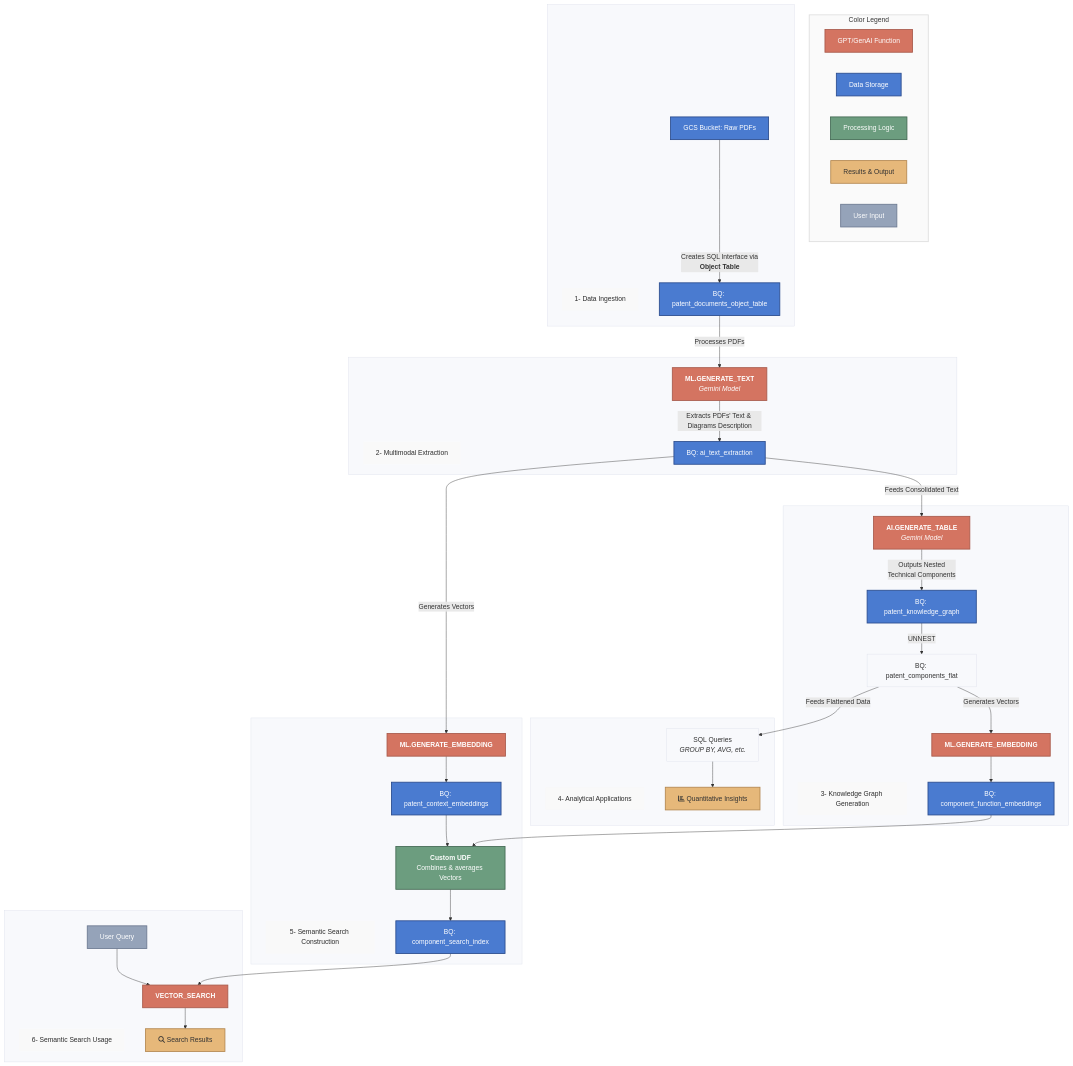
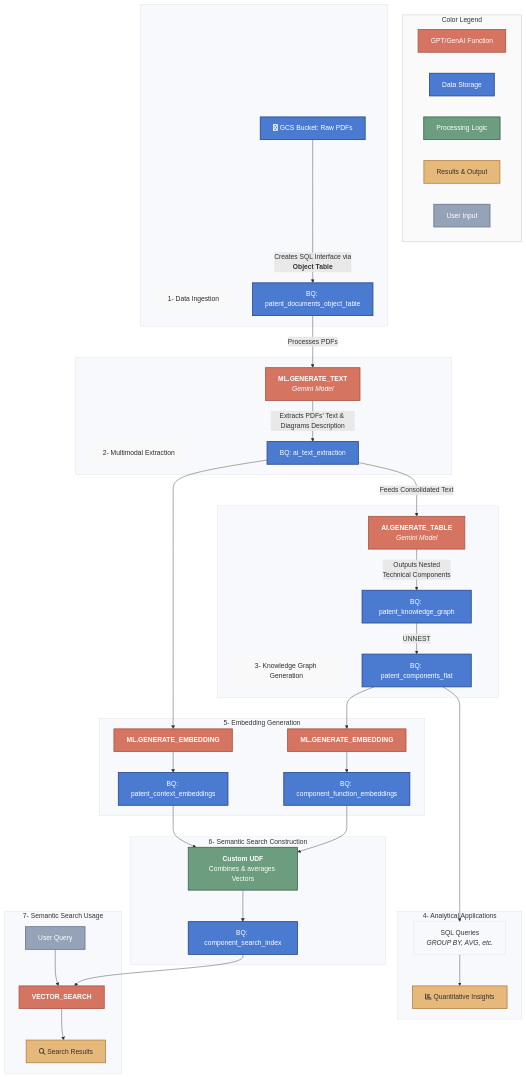
The diagram in doc/diagrams.md (vserifoglu/bq-ai-patent-analyst), drawn with Mermaid before and after one commit. The commit also changed 2 other files, not shown here.

Commit message:
pipeline architecture

````diff
--- a/doc/diagrams.md
+++ b/doc/diagrams.md
@@ -23,7 +23,7 @@
     %% --- MAIN PIPELINE ---
     subgraph SG1 [ ]
         title1[1- Data Ingestion]
-        A[GCS Bucket: Raw PDFs] -->|Creates SQL Interface via<br><strong>Object Table</strong>| B[BQ: patent_documents_object_table]
+        A[fa:fa-google GCS Bucket: Raw PDFs] -->|Creates SQL Interface via<br><strong>Object Table</strong>| B[BQ: patent_documents_object_table]
     end
 
     subgraph SG2 [ ]
@@ -39,36 +39,39 @@
               Technical Components| F[BQ: patent_knowledge_graph]
         
         F -->|UNNEST| G[BQ: patent_components_flat]
-        G -->|Generates Vectors| H[<strong>ML.GENERATE_EMBEDDING</strong>]
-        H --> I[BQ: component_function_embeddings]
     end
 
-    subgraph SG4 [ ]
-        title4[4- Analytical Applications]
-        G -->|Feeds Flattened Data| J[SQL Queries<br><em>GROUP BY, AVG, etc.</em>]
-        J --> K[fa:fa-chart-bar Quantitative Insights]
+    %% --- PARALLEL PATHS ---
+    subgraph SG5 [5- Embedding Generation]
+        G --> H[<strong>ML.GENERATE_EMBEDDING</strong>]
+        H --> I[BQ: component_function_embeddings]
+        D --> L[<strong>ML.GENERATE_EMBEDDING</strong>]
+        L --> M[BQ: patent_context_embeddings]
     end
 
-    subgraph SG5 [ ]
-        title5[5- Semantic Search Construction]
-        D -->|Generates Vectors| L[<strong>ML.GENERATE_EMBEDDING</strong>]
-        L --> M[BQ: patent_context_embeddings]
-        
+    subgraph SG6 [6- Semantic Search Construction]
         M --> N[<strong>Custom UDF</strong><br>Combines & averages Vectors]
         I --> N
         N --> O[BQ: component_search_index]
     end
 
-    subgraph SG6 [ ]
-        title6[6- Semantic Search Usage]
+    %% These two subgraphs are forced to the same level at the bottom
+    subgraph SG4 [4- Analytical Applications]
+        G --> J[SQL Queries<br><em>GROUP BY, AVG, etc.</em>]
+        J --> K[fa:fa-chart-bar Quantitative Insights]
+    end
+
+    subgraph SG7 [7- Semantic Search Usage]
         P[User Query] --> Q[<strong>VECTOR_SEARCH</strong>]
         O --> Q
         Q --> R[fa:fa-search Search Results]
     end
 
+    %% Invisible link to align the outputs horizontally
+    K ~~~ R
+    
     %% -- STYLING DEFINITIONS -- 
     
-    %% Define CSS classes for the legend and main nodes
     classDef ai-function fill:#d47461,stroke:#a85a4b,stroke-width:2px,color:#fff
     classDef data-storage fill:#4a7bd0,stroke:#2a4b8d,stroke-width:2px,color:#fff
     classDef processing-logic fill:#6c9d7f,stroke:#436953,stroke-width:2px,color:#fff
@@ -84,6 +87,7 @@
     style I fill:#4a7bd0,stroke:#2a4b8d,stroke-width:2px,color:#fff
     style M fill:#4a7bd0,stroke:#2a4b8d,stroke-width:2px,color:#fff
     style O fill:#4a7bd0,stroke:#2a4b8d,stroke-width:2px,color:#fff
+    style G fill:#4a7bd0,stroke:#2a4b8d,stroke-width:2px,color:#fff
 
     style C fill:#d47461,stroke:#a85a4b,stroke-width:2px,color:#fff
     style E fill:#d47461,stroke:#a85a4b,stroke-width:2px,color:#fff
@@ -102,12 +106,9 @@
     style title1 fill:#f9f9f9,stroke:none,color:#2d2d2d
     style title2 fill:#f9f9f9,stroke:none,color:#2d2d2d
     style title3 fill:#f9f9f9,stroke:none,color:#2d2d2d
-    style title4 fill:#f9f9f9,stroke:none,color:#2d2d2d
-    style title5 fill:#f9f9f9,stroke:none,color:#2d2d2d
-    style title6 fill:#f9f9f9,stroke:none,color:#2d2d2d
     style Legend fill:#fafafa,stroke:#ddd,stroke-width:2px,color:#333
 
     %% Style subgraphs for better visual separation
     classDef default fill:#f8f9fc,stroke:#dde1eb,stroke-width:1px;
-    class SG1,SG2,SG3,SG4,SG5,SG6 default;
+    class SG1,SG2,SG3,SG4,SG5,SG6,SG7 default;
 ```
````
